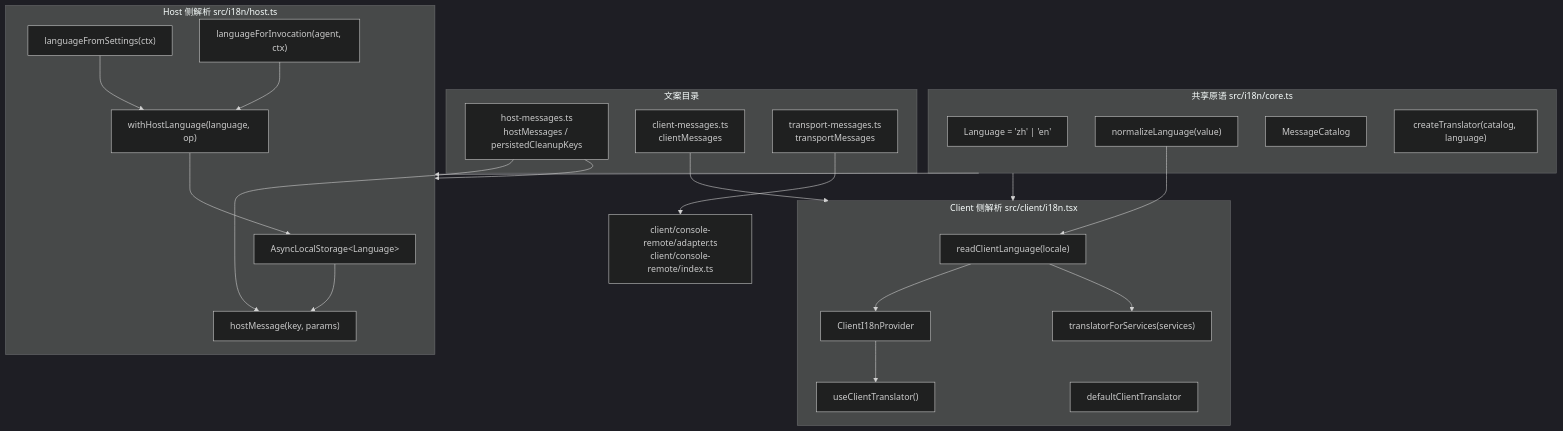
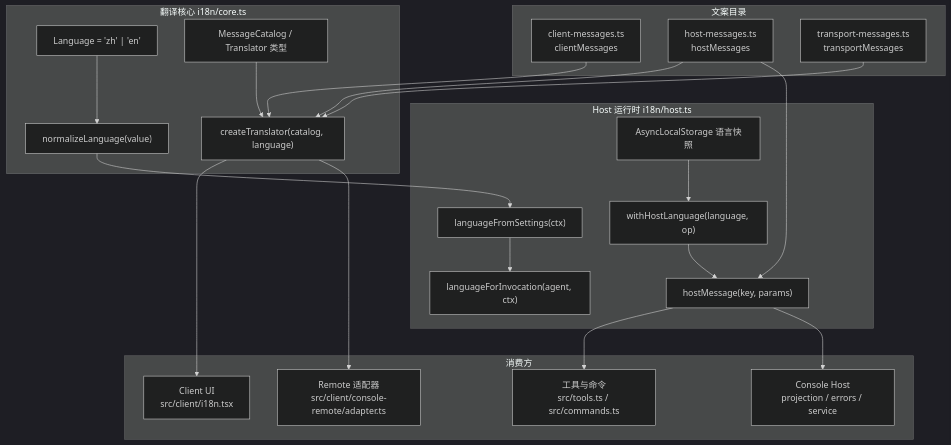
One commit to ikliml666/dsh-git-workspace changed the first of 5 diagrams in .codewiki/modules/i18n.md. Above: the diagram before and after it, drawn with Mermaid (dark theme). The commit also changed other lines of this file and 117 other files, not shown here.

````diff
--- a/.codewiki/modules/i18n.md
+++ b/.codewiki/modules/i18n.md
@@ -43,47 +30,47 @@
 ```mermaid
-flowchart TD
-  subgraph Core["共享原语 src/i18n/core.ts"]
-    Lang["Language = 'zh' | 'en'"]
-    Norm["normalizeLanguage(value)"]
-    Cat["MessageCatalog"]
-    Tr["createTranslator(catalog, language)"]
+flowchart TB
+  subgraph Core["翻译核心 i18n/core.ts"]
+    LANG["Language = 'zh' | 'en'"]
+    NORM["normalizeLanguage(value)"]
+    CT["createTranslator(catalog, language)"]
+    TYPES["MessageCatalog / Translator 类型"]
   end
 
   subgraph Catalogs["文案目录"]
-    HostMsg["host-messages.ts<br/>hostMessages / persistedCleanupKeys"]
-    ClientMsg["client-messages.ts<br/>clientMessages"]
-    TransportMsg["transport-messages.ts<br/>transportMessages"]
+    CM["client-messages.ts<br/>clientMessages"]
+    HM["host-messages.ts<br/>hostMessages"]
+    TM["transport-messages.ts<br/>transportMessages"]
   end
 
-  subgraph HostSide["Host 侧解析 src/i18n/host.ts"]
-    ALS["AsyncLocalStorage&lt;Language&gt;"]
-    With["withHostLanguage(language, op)"]
-    FromSettings["languageFromSettings(ctx)"]
-    ForInvocation["languageForInvocation(agent, ctx)"]
-    HM["hostMessage(key, params)"]
+  subgraph HostRuntime["Host 运行时 i18n/host.ts"]
+    ALS["AsyncLocalStorage 语言快照"]
+    WHL["withHostLanguage(language, op)"]
+    LFS["languageFromSettings(ctx)"]
+    LFI["languageForInvocation(agent, ctx)"]
+    HMSG["hostMessage(key, params)"]
   end
 
-  subgraph ClientSide["Client 侧解析 src/client/i18n.tsx"]
-    Read["readClientLanguage(locale)"]
-    Provider["ClientI18nProvider"]
-    Hook["useClientTranslator()"]
-    Services["translatorForServices(services)"]
-    Default["defaultClientTranslator"]
+  subgraph Consumers["消费方"]
+    CLIENT["Client UI<br/>src/client/i18n.tsx"]
+    ADAPTER["Remote 适配器<br/>src/client/console-remote/adapter.ts"]
+    TOOLS["工具与命令<br/>src/tools.ts / src/commands.ts"]
+    CONSOLE["Console Host<br/>projection / errors / service"]
   end
 
-  Core --> HostSide
-  Core --> ClientSide
-  HostMsg --> HM
-  HostMsg --> HostSide
-  ClientMsg --> ClientSide
-  TransportMsg --> Transport["client/console-remote/adapter.ts<br/>client/console-remote/index.ts"]
+  TYPES --> CT
+  LANG --> NORM
+  CM --> CT
+  HM --> CT
+  TM --> CT
 
-  ALS --> HM
-  With --> ALS
-  FromSettings --> With
-  ForInvocation --> With
-  Norm --> Read
-  Read --> Provider
-  Read --> Services
-  Provider --> Hook
+  NORM --> LFS
+  LFS --> LFI
+  ALS --> WHL
+  WHL --> HMSG
+  HM --> HMSG
+
+  CT --> CLIENT
+  CT --> ADAPTER
+  HMSG --> TOOLS
+  HMSG --> CONSOLE
 ```
````
